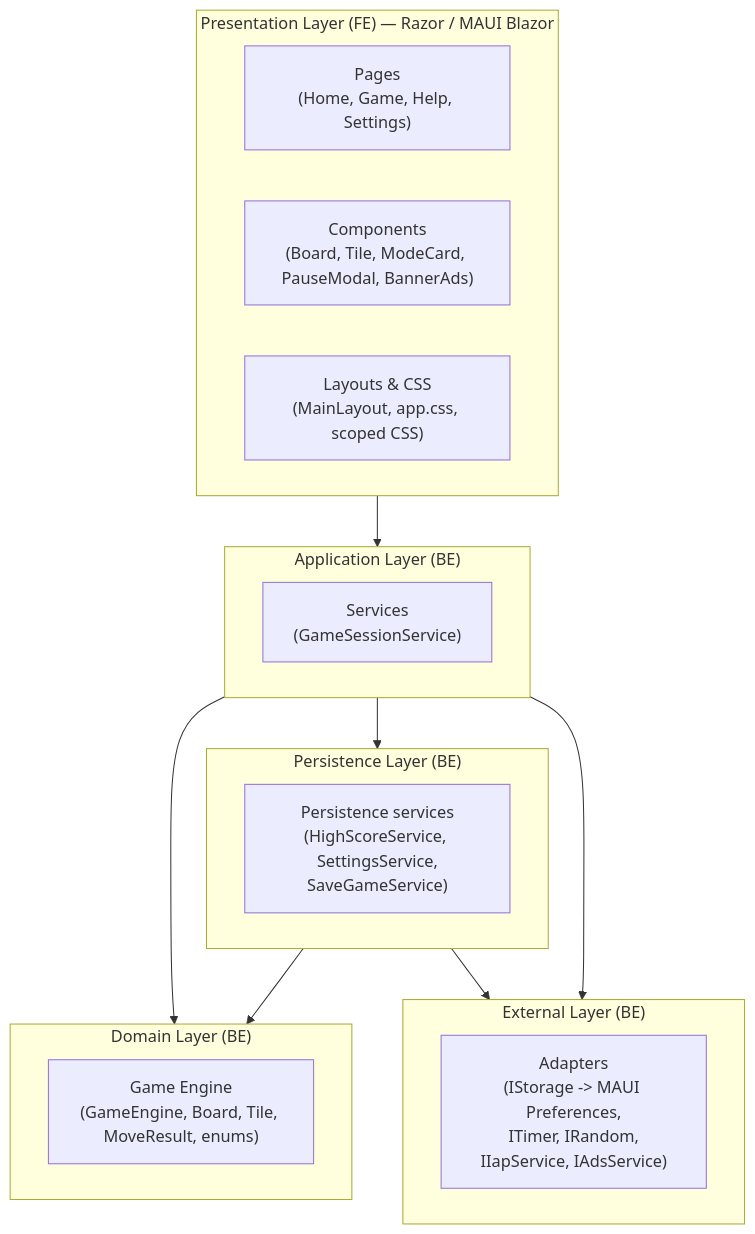
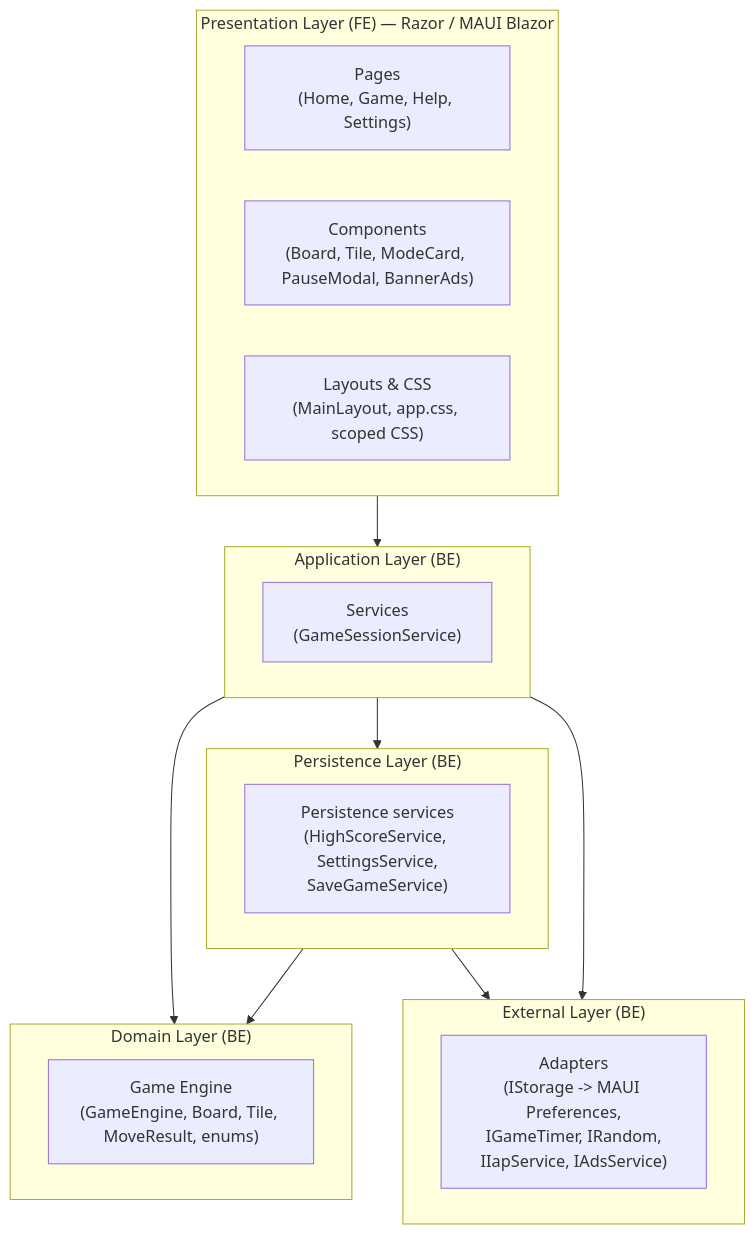
Before and after one commit to LeThaiAn15112004/2048-Infinity-Merge: the first of 9 diagrams in Docs/software_design.md, drawn with Mermaid. The commit also changed other lines of this file and 12 other files, not shown here.

````diff
--- a/Docs/software_design.md
+++ b/Docs/software_design.md
@@ -76,31 +76,31 @@
 ```mermaid
 flowchart TB
     subgraph Presentation["Presentation Layer (FE) — Razor / MAUI Blazor"]
         UI_Pages["Pages<br/>(Home, Game, Help, Settings)"]
         UI_Comp["Components<br/>(Board, Tile, ModeCard, PauseModal, BannerAds)"]
         UI_Layout["Layouts & CSS<br/>(MainLayout, app.css, scoped CSS)"]
     end
 
     subgraph Application["Application Layer (BE)"]
         AppSvc["Services<br/>(GameSessionService)"]
     end
 
     subgraph Domain["Domain Layer (BE)"]
         DomainCore["Game Engine<br/>(GameEngine, Board, Tile, MoveResult, enums)"]
     end
 
     subgraph Persistence["Persistence Layer (BE)"]
         Persist["Persistence services<br/>(HighScoreService, SettingsService,<br/>SaveGameService)"]
     end
 
     subgraph External["External Layer (BE)"]
-        Infra["Adapters<br/>(IStorage -> MAUI Preferences,<br/>ITimer, IRandom,<br/>IIapService, IAdsService)"]
+        Infra["Adapters<br/>(IStorage -> MAUI Preferences,<br/>IGameTimer, IRandom,<br/>IIapService, IAdsService)"]
     end
 
     Presentation --> Application
     Application --> Domain
     Application --> Persistence
     Persistence --> Domain
     Persistence --> External
     Application --> External
 ```
````
